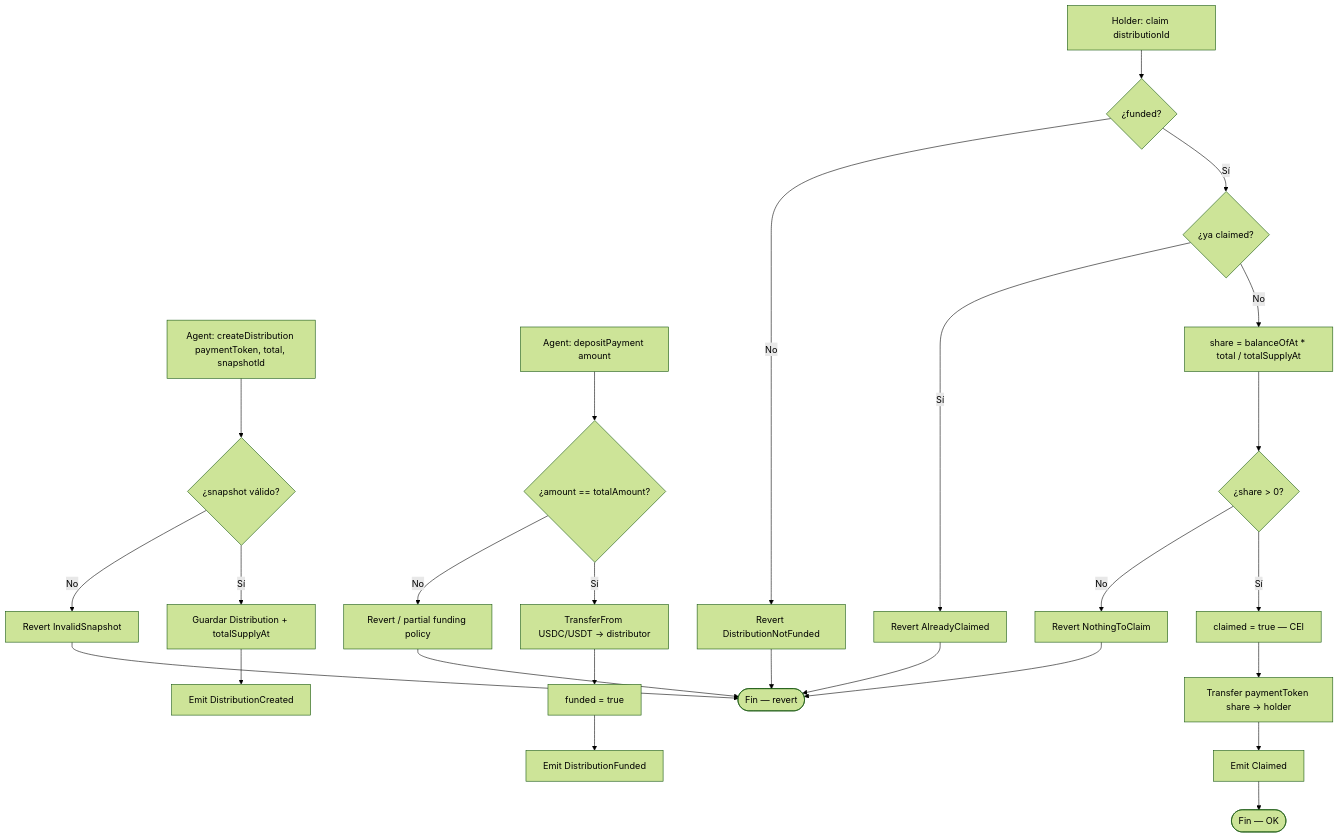
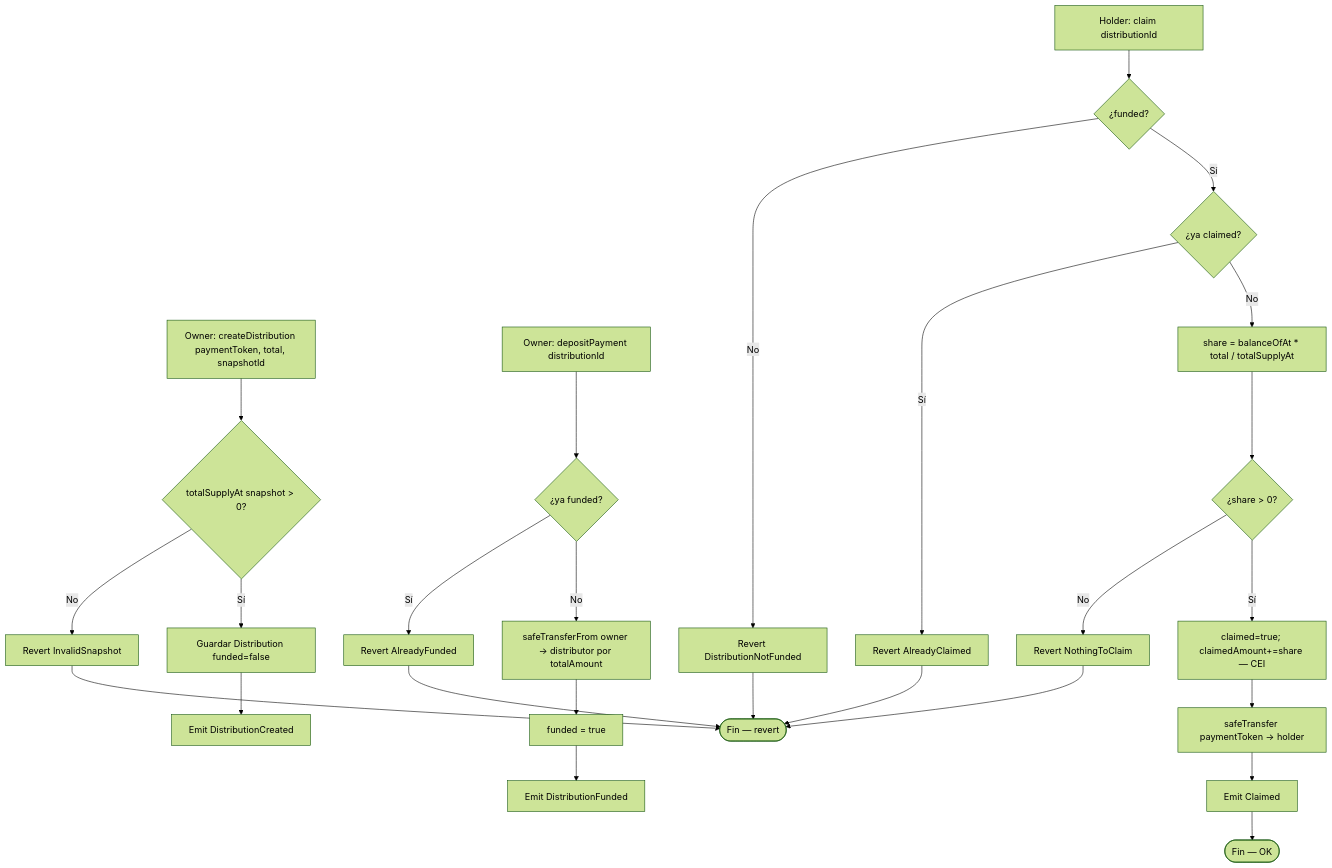
Before and after one commit to rastrahm/rwa-tokenization: the fifth of 6 diagrams in doc/diagrama-de-flujo.md, drawn with Mermaid (forest theme). The commit also changed other lines of this file and 7 other files, not shown here.

````diff
--- a/doc/diagrama-de-flujo.md
+++ b/doc/diagrama-de-flujo.md
@@ -105,30 +111,30 @@
 ```mermaid
 flowchart TD
-    A[Agent: createDistribution paymentToken, total, snapshotId] --> B{¿snapshot válido?}
+    A[Owner: createDistribution paymentToken, total, snapshotId] --> B{totalSupplyAt snapshot > 0?}
     B -->|No| Z0[Revert InvalidSnapshot]
-    B -->|Sí| C[Guardar Distribution + totalSupplyAt]
+    B -->|Sí| C[Guardar Distribution funded=false]
     C --> D[Emit DistributionCreated]
 
-    E[Agent: depositPayment amount] --> F{¿amount == totalAmount?}
-    F -->|No| Z1[Revert / partial funding policy]
-    F -->|Sí| G[TransferFrom USDC/USDT → distributor]
+    E[Owner: depositPayment distributionId] --> F{¿ya funded?}
+    F -->|Sí| Z1[Revert AlreadyFunded]
+    F -->|No| G[safeTransferFrom owner → distributor por totalAmount]
     G --> H[funded = true]
     H --> I[Emit DistributionFunded]
 
     J[Holder: claim distributionId] --> K{¿funded?}
     K -->|No| Z2[Revert DistributionNotFunded]
     K -->|Sí| L{¿ya claimed?}
     L -->|Sí| Z3[Revert AlreadyClaimed]
     L -->|No| M[share = balanceOfAt * total / totalSupplyAt]
     M --> N{¿share > 0?}
     N -->|No| Z4[Revert NothingToClaim]
-    N -->|Sí| O[claimed = true — CEI]
-    O --> P[Transfer paymentToken share → holder]
+    N -->|Sí| O[claimed=true; claimedAmount+=share — CEI]
+    O --> P[safeTransfer paymentToken → holder]
     P --> Q[Emit Claimed]
     Q --> Ok([Fin — OK])
     Z0 --> End([Fin — revert])
     Z1 --> End
     Z2 --> End
     Z3 --> End
     Z4 --> End
 ```
````
